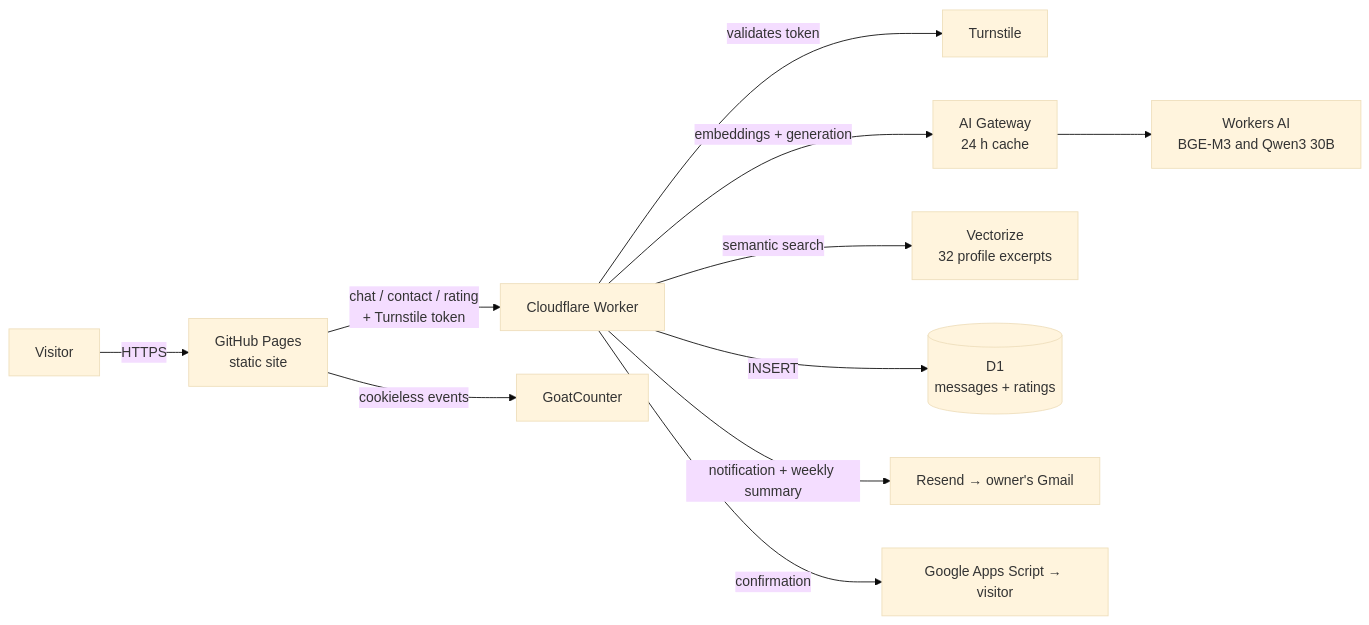
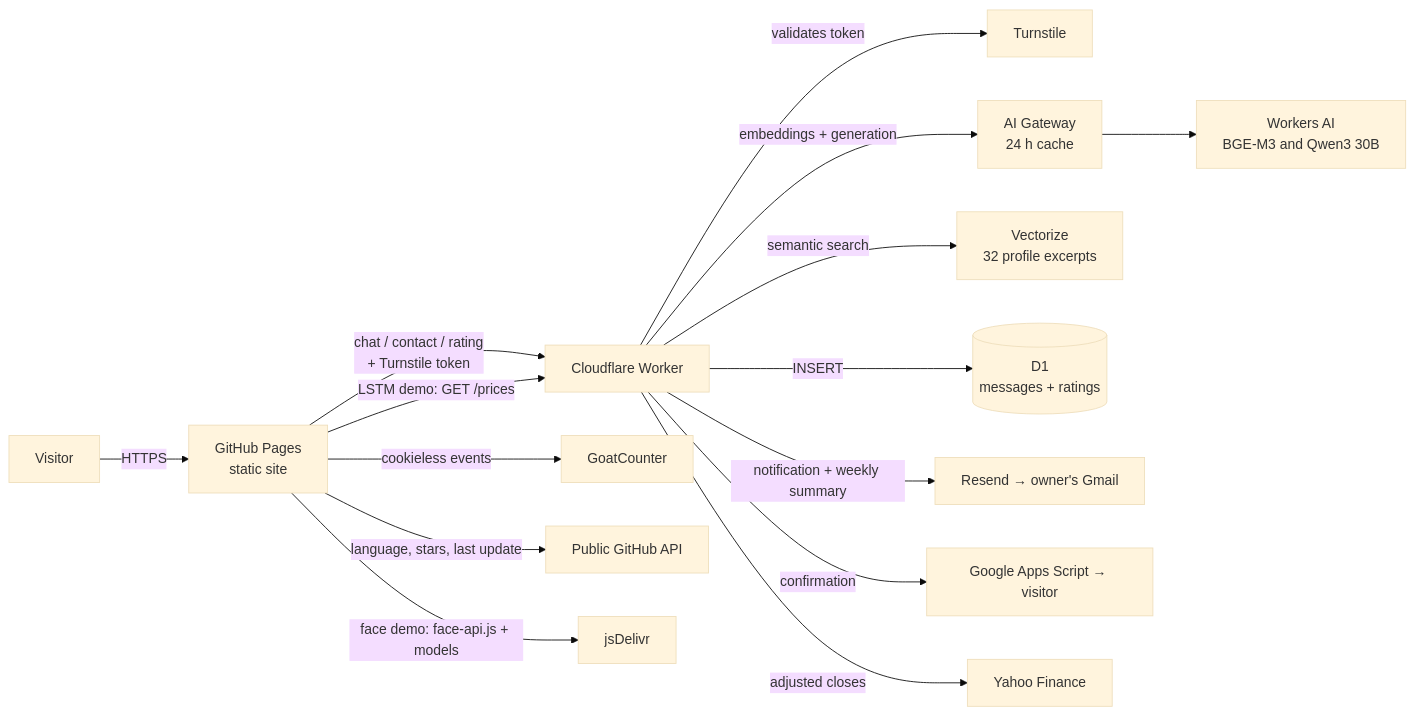
The diagram in README.md (emanueleborges/emanueleborges.github.io), drawn with Mermaid (base theme) before and after one commit. The commit also changed other lines of this file and 12 other files, not shown here.

First line of the commit message:
Docs: demos de IA, PWA, dados do GitHub e rota de preços na documentação

````diff
--- a/README.md
+++ b/README.md
@@ -56,13 +58,17 @@
 ```mermaid
 flowchart LR
   V[Visitor] -->|HTTPS| GP[GitHub Pages<br/>static site]
   GP -->|chat / contact / rating<br/>+ Turnstile token| W[Cloudflare Worker]
   W -->|validates token| TS[Turnstile]
   W -->|embeddings + generation| GW[AI Gateway<br/>24 h cache]
   GW --> AI[Workers AI<br/>BGE-M3 and Qwen3 30B]
   W -->|semantic search| VZ[Vectorize<br/>32 profile excerpts]
   W -->|INSERT| D1[(D1<br/>messages + ratings)]
   W -->|notification + weekly summary| RS[Resend → owner's Gmail]
   W -->|confirmation| GAS[Google Apps Script → visitor]
   GP -->|cookieless events| GC[GoatCounter]
+  GP -->|language, stars, last update| GH[Public GitHub API]
+  GP -->|LSTM demo: GET /prices| W
+  W -->|adjusted closes| YF[Yahoo Finance]
+  GP -->|face demo: face-api.js + models| CDN[jsDelivr]
 ```
````
